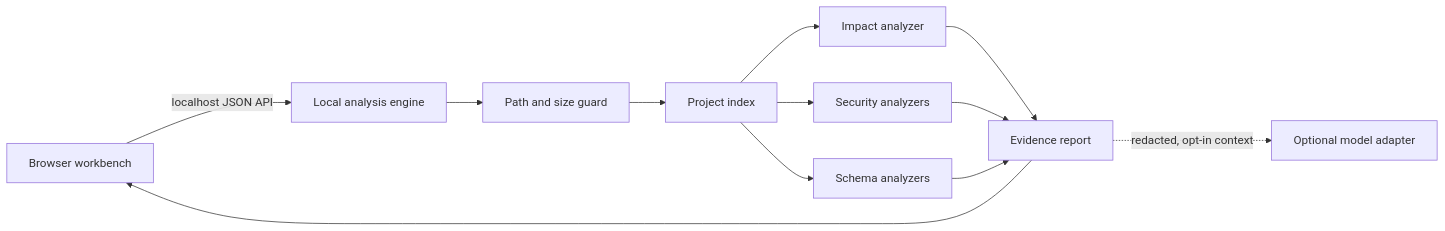
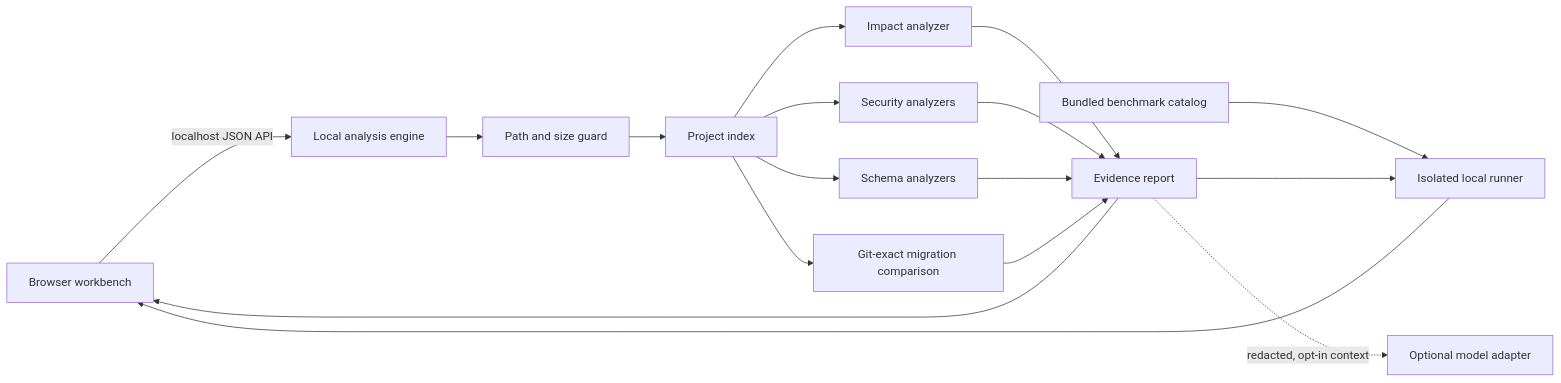
The diagram in docs/architecture.md (efficjump/local-code-atlas), drawn with Mermaid before and after one commit. The commit also changed other lines of this file and 60 other files, not shown here.

Commit message:
feat: add benchmark lab and migration risk analysis

````diff
--- a/docs/architecture.md
+++ b/docs/architecture.md
@@ -6,14 +6,19 @@
 ```mermaid
 flowchart LR
     UI["Browser workbench"] -->|"localhost JSON API"| ENGINE["Local analysis engine"]
     ENGINE --> GUARD["Path and size guard"]
     GUARD --> INDEX["Project index"]
     INDEX --> IMPACT["Impact analyzer"]
     INDEX --> SECURITY["Security analyzers"]
     INDEX --> SCHEMA["Schema analyzers"]
+    INDEX --> MIGRATION["Git-exact migration comparison"]
+    BENCH["Bundled benchmark catalog"] --> BENCHRUN["Isolated local runner"]
     IMPACT --> REPORT["Evidence report"]
     SECURITY --> REPORT
     SCHEMA --> REPORT
+    MIGRATION --> REPORT
+    REPORT --> BENCHRUN
+    BENCHRUN --> UI
     REPORT --> UI
     REPORT -. "redacted, opt-in context" .-> LLM["Optional model adapter"]
 ```
````
